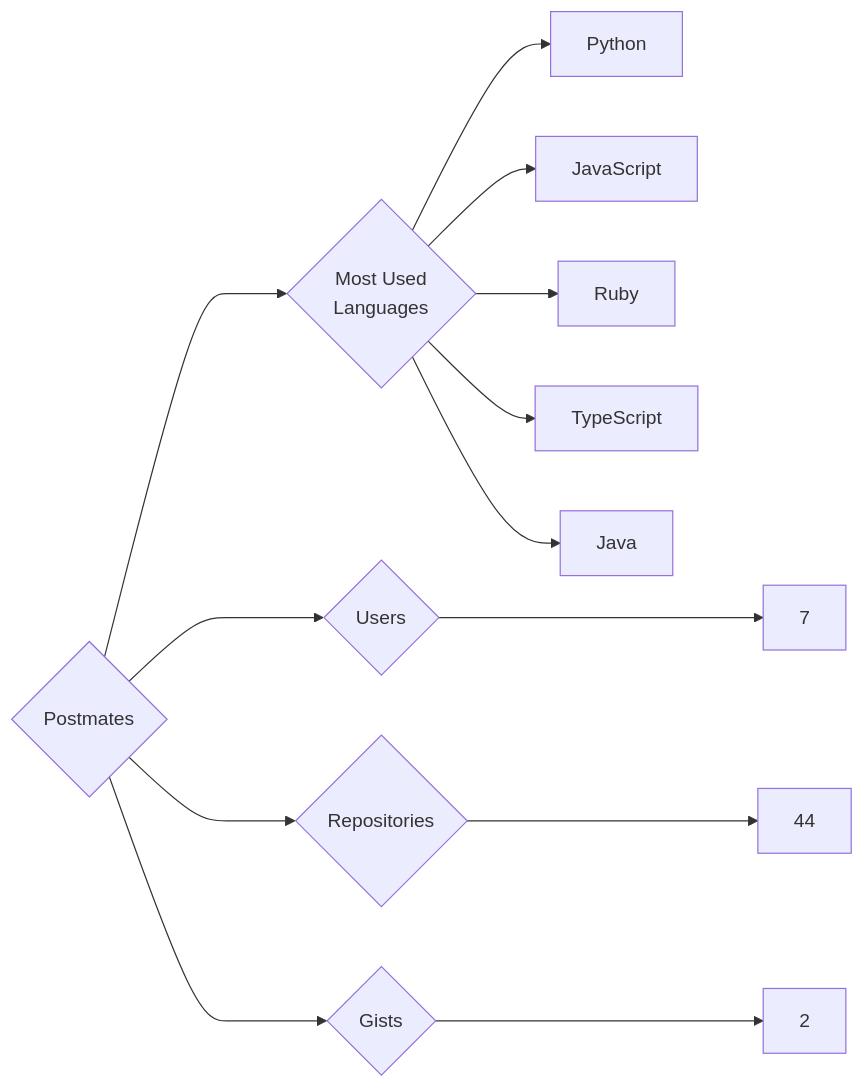
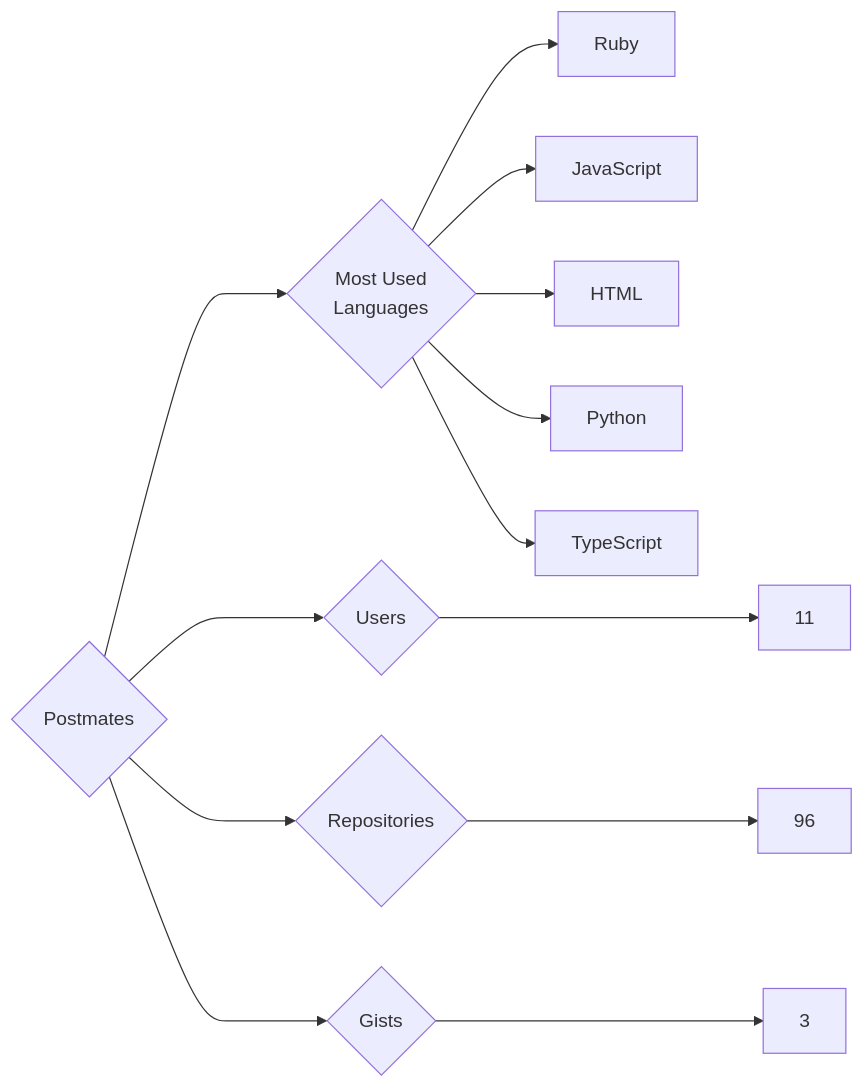
One commit to trickest/insiders changed the diagram in targets/Postmates/README.md. Above: the diagram before and after it, drawn with Mermaid. The commit also changed 898 other files, not shown here.

````diff
--- a/targets/Postmates/README.md
+++ b/targets/Postmates/README.md
@@ -3,13 +3,13 @@
 ```mermaid
 graph LR
 COMPANY_NAME{Postmates}
-COMPANY_NAME ---> U{Users} ---> UN[7]
-COMPANY_NAME ---> R{Repositories} ---> RN[44]
-COMPANY_NAME ---> G{Gists} ---> GN[2]
+COMPANY_NAME ---> U{Users} ---> UN[11]
+COMPANY_NAME ---> R{Repositories} ---> RN[96]
+COMPANY_NAME ---> G{Gists} ---> GN[3]
 COMPANY_NAME ---> ML{Most Used<br>Languages}
+ML --> Ruby[Ruby]
+ML --> JavaScript[JavaScript]
+ML --> HTML[HTML]
 ML --> Python[Python]
-ML --> JavaScript[JavaScript]
-ML --> Ruby[Ruby]
 ML --> TypeScript[TypeScript]
-ML --> Java[Java]
 ```
````
